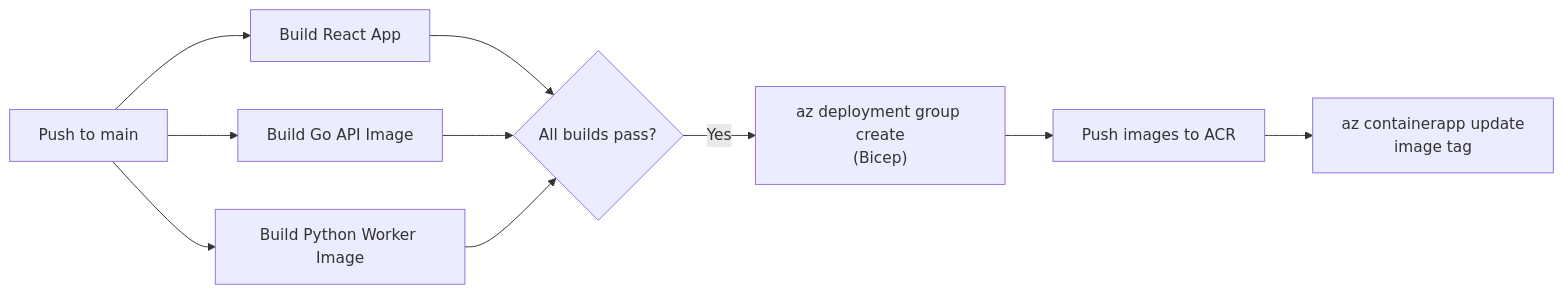
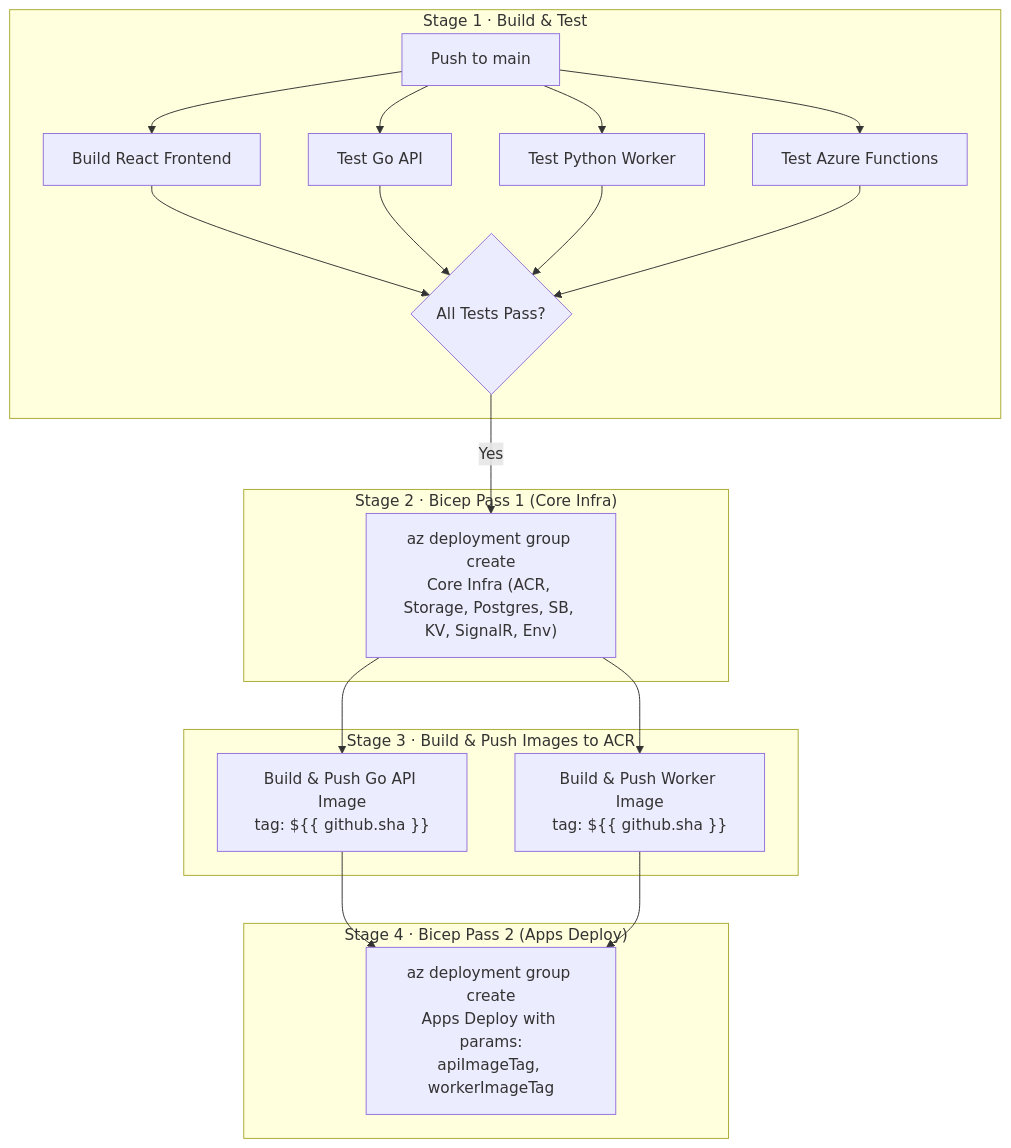
One commit to Destroyer795/Credenviel changed the third of 3 diagrams in docs/DESIGN.md. Above: the diagram before and after it, drawn with Mermaid. The commit also changed other lines of this file and 1 other file, not shown here.

First line of the commit message:
docs: align DESIGN.md with two-pass CI/CD, ER syntax fix, and deviations section

````diff
--- a/docs/DESIGN.md
+++ b/docs/DESIGN.md
@@ -280,12 +283,27 @@
 ```mermaid
-flowchart LR
-    A[Push to main] --> B[Build React App]
-    A --> C[Build Go API Image]
-    A --> D[Build Python Worker Image]
-    B --> E{All builds pass?}
-    C --> E
-    D --> E
-    E -->|Yes| F["az deployment group create<br/>(Bicep)"]
-    F --> G[Push images to ACR]
-    G --> H[az containerapp update<br/>image tag]
+flowchart TD
+    subgraph S1["Stage 1 · Build & Test"]
+        A[Push to main] --> B[Build React Frontend]
+        A --> C[Test Go API]
+        A --> D[Test Python Worker]
+        A --> E[Test Azure Functions]
+        B --> F{All Tests Pass?}
+        C --> F
+        D --> F
+        E --> F
+    end
+
+    subgraph S2["Stage 2 · Bicep Pass 1 (Core Infra)"]
+        F -->|Yes| G["az deployment group create<br/>Core Infra (ACR, Storage, Postgres, SB, KV, SignalR, Env)"]
+    end
+
+    subgraph S3["Stage 3 · Build & Push Images to ACR"]
+        G --> H["Build & Push Go API Image<br/>tag: ${{ github.sha }}"]
+        G --> I["Build & Push Worker Image<br/>tag: ${{ github.sha }}"]
+    end
+
+    subgraph S4["Stage 4 · Bicep Pass 2 (Apps Deploy)"]
+        H --> J["az deployment group create<br/>Apps Deploy with params:<br/>apiImageTag, workerImageTag"]
+        I --> J
+    end
 ```
````
